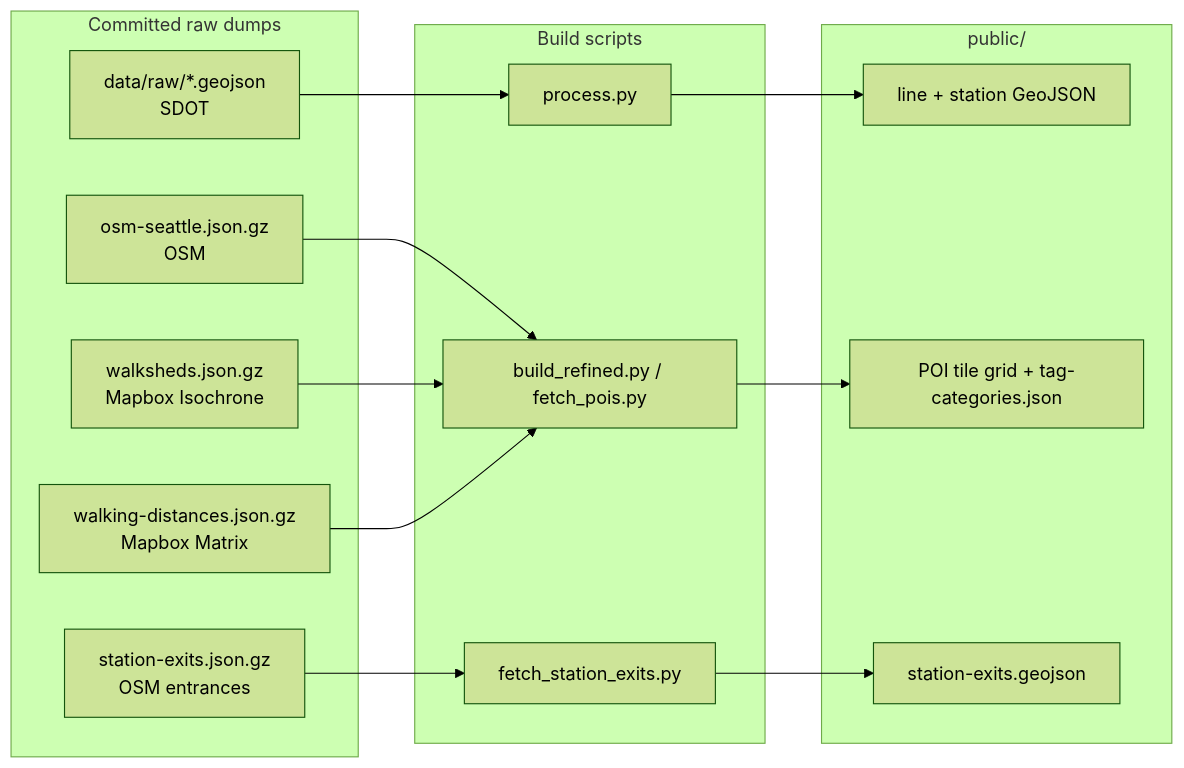
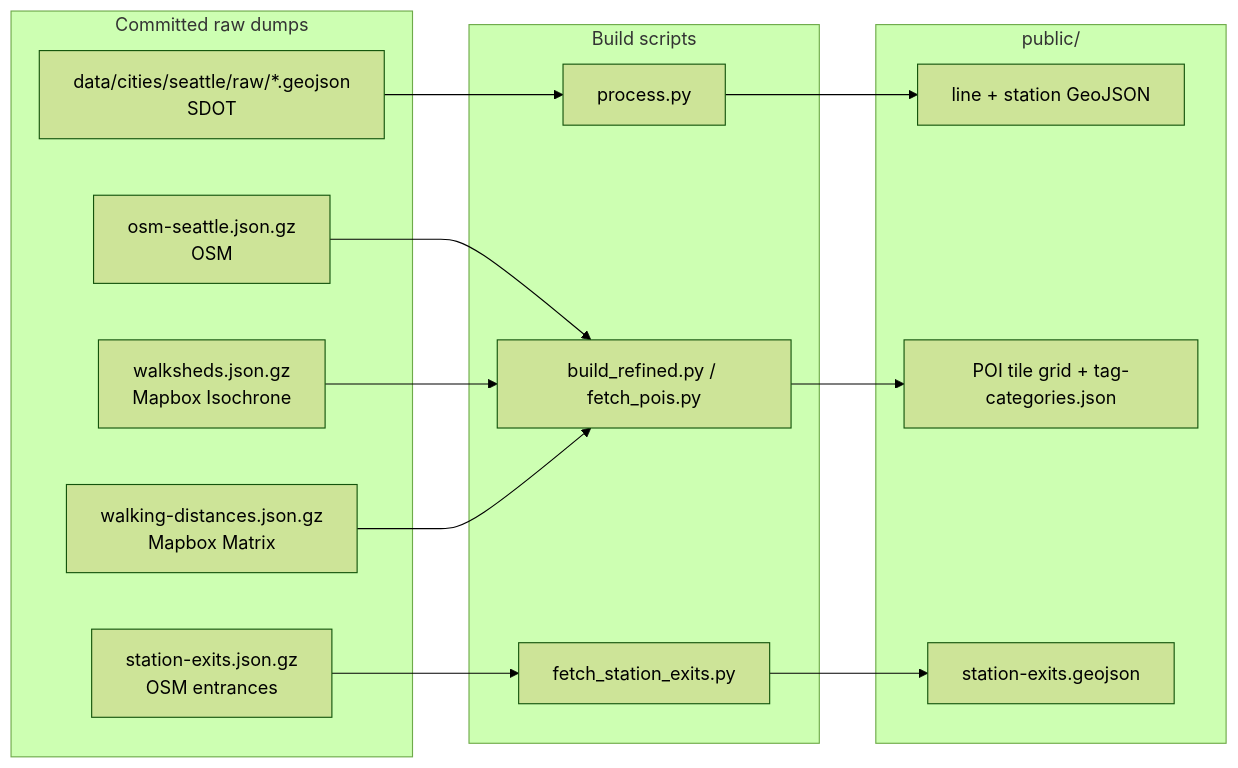
One commit to robogeosociety/walksheds changed the diagram in wiki/codex/docs/data/overview.md. Above: the diagram before and after it, drawn with Mermaid (forest theme). The commit also changed other lines of this file and 1279 other files, not shown here.

````diff
--- a/wiki/codex/docs/data/overview.md
+++ b/wiki/codex/docs/data/overview.md
@@ -5,29 +5,29 @@
 ```mermaid
 flowchart LR
   subgraph raw[Committed raw dumps]
-    R1[data/raw/*.geojson<br/>SDOT]
+    R1[data/cities/seattle/raw/*.geojson<br/>SDOT]
     R2[osm-seattle.json.gz<br/>OSM]
     R3[walksheds.json.gz<br/>Mapbox Isochrone]
     R4[walking-distances.json.gz<br/>Mapbox Matrix]
     R5[station-exits.json.gz<br/>OSM entrances]
   end
 
   subgraph scripts[Build scripts]
     S1[process.py]
     S2[build_refined.py / fetch_pois.py]
     S5[fetch_station_exits.py]
   end
 
   subgraph out[public/]
     O1[line + station GeoJSON]
     O2[POI tile grid + tag-categories.json]
     O5[station-exits.geojson]
   end
 
   R1 --> S1 --> O1
   R2 --> S2
   R3 --> S2
   R4 --> S2
   S2 --> O2
   R5 --> S5 --> O5
 ```
````
